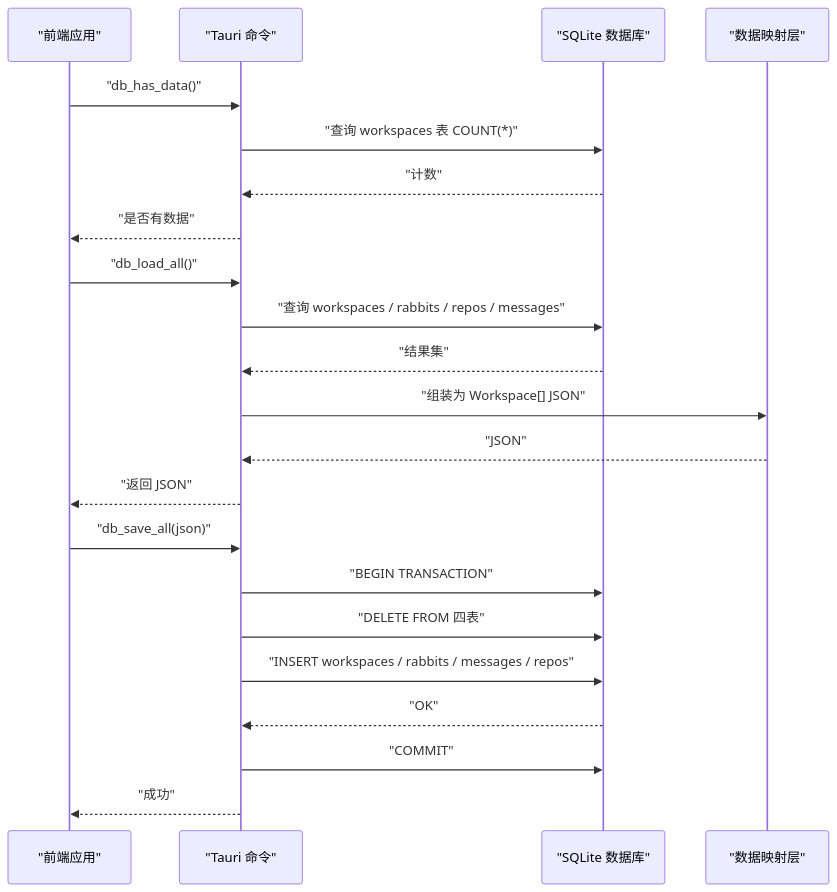
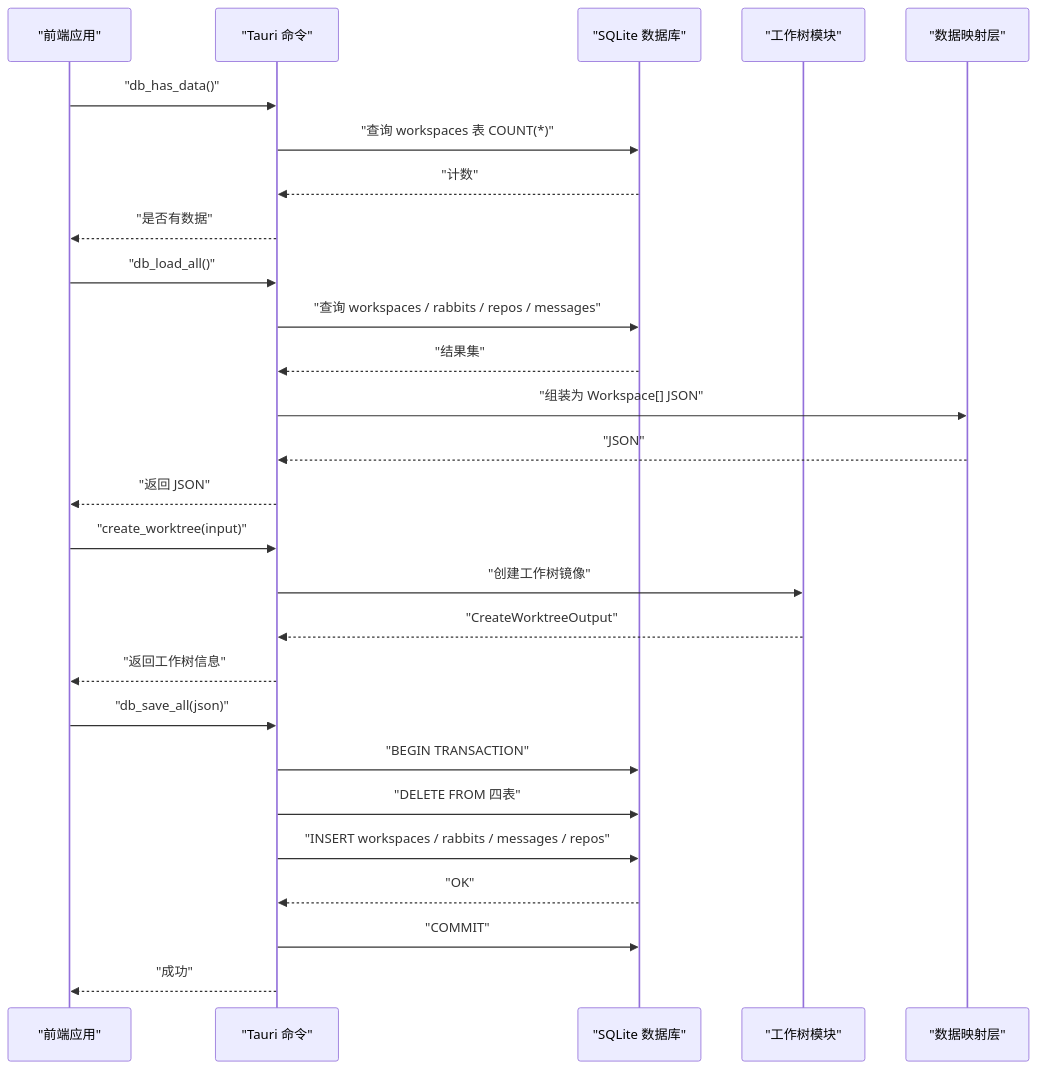
The second of 4 diagrams in .qoder/repowiki/zh/content/数据库设计/数据库设计.md (RabbitAI-Lab/RabbitCoding), drawn with Mermaid before and after one commit. The commit also changed other lines of this file and 88 other files, not shown here.

````diff
--- a/.qoder/repowiki/zh/content/数据库设计/数据库设计.md
+++ b/.qoder/repowiki/zh/content/数据库设计/数据库设计.md
@@ -63,24 +75,29 @@
 ```mermaid
 sequenceDiagram
 participant FE as "前端应用"
 participant CMD as "Tauri 命令"
 participant DB as "SQLite 数据库"
+participant WT as "工作树模块"
 participant MAP as "数据映射层"
 FE->>CMD : "db_has_data()"
 CMD->>DB : "查询 workspaces 表 COUNT(*)"
 DB-->>CMD : "计数"
 CMD-->>FE : "是否有数据"
 FE->>CMD : "db_load_all()"
 CMD->>DB : "查询 workspaces / rabbits / repos / messages"
 DB-->>CMD : "结果集"
 CMD->>MAP : "组装为 Workspace[] JSON"
 MAP-->>CMD : "JSON"
 CMD-->>FE : "返回 JSON"
+FE->>CMD : "create_worktree(input)"
+CMD->>WT : "创建工作树镜像"
+WT-->>CMD : "CreateWorktreeOutput"
+CMD-->>FE : "返回工作树信息"
 FE->>CMD : "db_save_all(json)"
 CMD->>DB : "BEGIN TRANSACTION"
 CMD->>DB : "DELETE FROM 四表"
 CMD->>DB : "INSERT workspaces / rabbits / messages / repos"
 DB-->>CMD : "OK"
 CMD->>DB : "COMMIT"
 CMD-->>FE : "成功"
 ```
````
